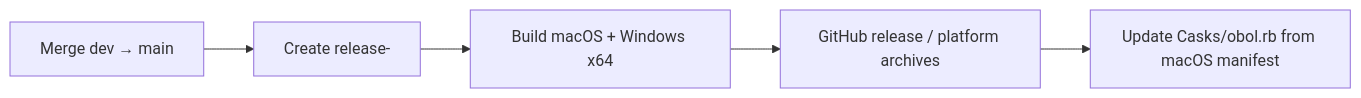
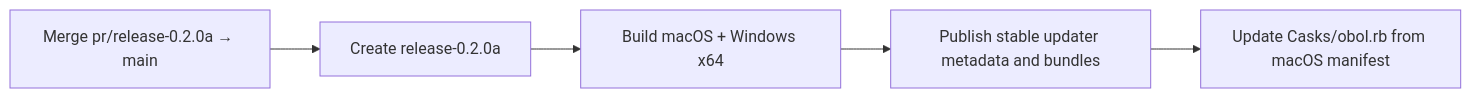
One commit to CaioFaSoares/Obol changed the second of 2 diagrams in README.md. Above: the diagram before and after it, drawn with Mermaid. The commit also changed other lines of this file and 17 other files, not shown here.

Commit message:
Release 0.2.0a: repair startup and add updater

````diff
--- a/README.md
+++ b/README.md
@@ -45,7 +47,7 @@
 ```mermaid
 flowchart LR
-  merge["Merge dev → main"] --> branch["Create release-<version>"]
+  merge["Merge pr/release-0.2.0a → main"] --> branch["Create release-0.2.0a"]
   branch --> build["Build macOS + Windows x64"]
-  build --> release["GitHub release / platform archives"]
-  release --> cask["Update Casks/obol.rb from macOS manifest"]
+  build --> assets["Publish stable updater metadata and bundles"]
+  assets --> cask["Update Casks/obol.rb from macOS manifest"]
 ```
````
